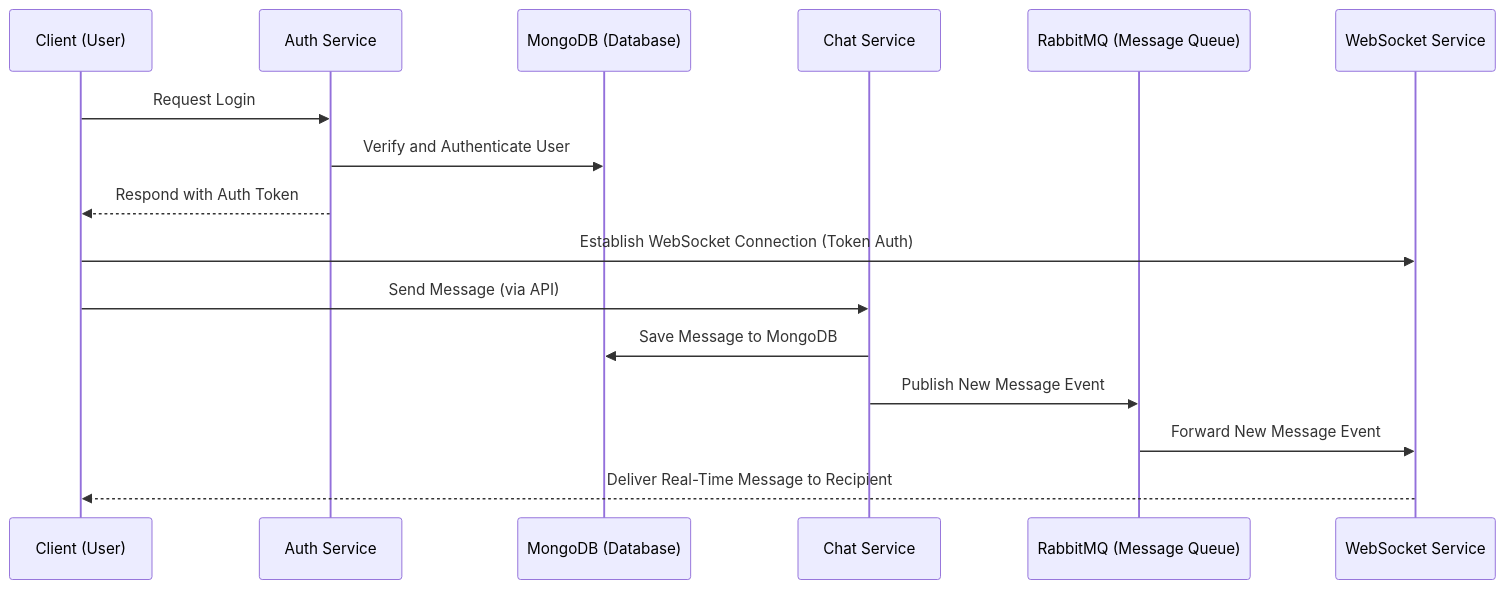
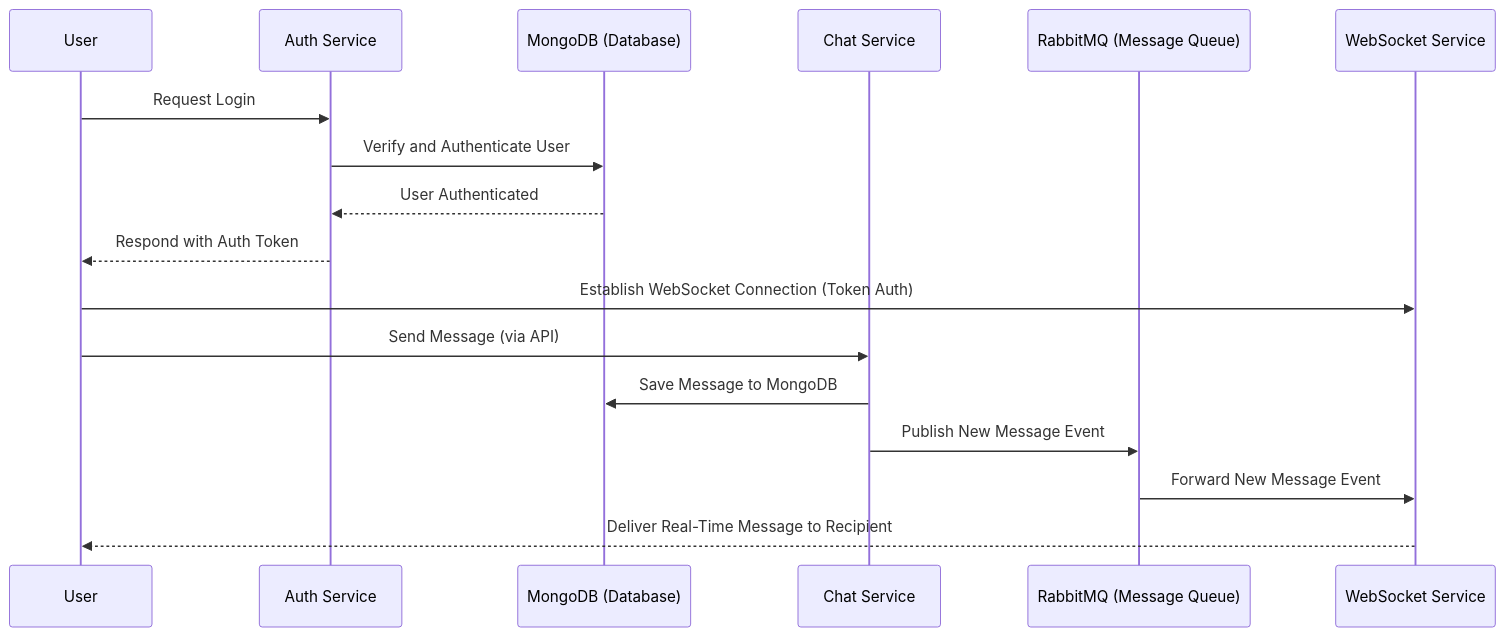
One commit to Eshetu21/DS-CHAT changed the diagram in README.md. Above: the diagram before and after it, drawn with Mermaid.

````diff
--- a/README.md
+++ b/README.md
@@ -84,21 +84,24 @@
 ```mermaid
 sequenceDiagram
-    participant User as Client (User)
-    participant Auth as Auth Service
-    participant DB as MongoDB (Database)
-    participant Chat as Chat Service
-    participant MQ as RabbitMQ (Message Queue)
-    participant WS as WebSocket Service
+    participant User as User
+    participant AuthService as Auth Service
+    participant MongoDB as MongoDB (Database)
+    participant ChatService as Chat Service
+    participant RabbitMQ as RabbitMQ (Message Queue)
+    participant WebSocket as WebSocket Service
 
-    User->>Auth: Request Login
-    Auth->>DB: Verify and Authenticate User
-    Auth-->>User: Respond with Auth Token
-    User->>WS: Establish WebSocket Connection (Token Auth)
-    User->>Chat: Send Message (via API)
-    Chat->>DB: Save Message to MongoDB
-    Chat->>MQ: Publish New Message Event
-    MQ->>WS: Forward New Message Event
-    WS-->>User: Deliver Real-Time Message to Recipient
+    User ->> AuthService: Request Login
+    AuthService ->> MongoDB: Verify and Authenticate User
+    MongoDB -->> AuthService: User Authenticated
+    AuthService -->> User: Respond with Auth Token
+
+    User ->> WebSocket: Establish WebSocket Connection (Token Auth)
+
+    User ->> ChatService: Send Message (via API)
+    ChatService ->> MongoDB: Save Message to MongoDB
+    ChatService ->> RabbitMQ: Publish New Message Event
+    RabbitMQ ->> WebSocket: Forward New Message Event
+    WebSocket -->> User: Deliver Real-Time Message to Recipient
 
 
 ```
````
